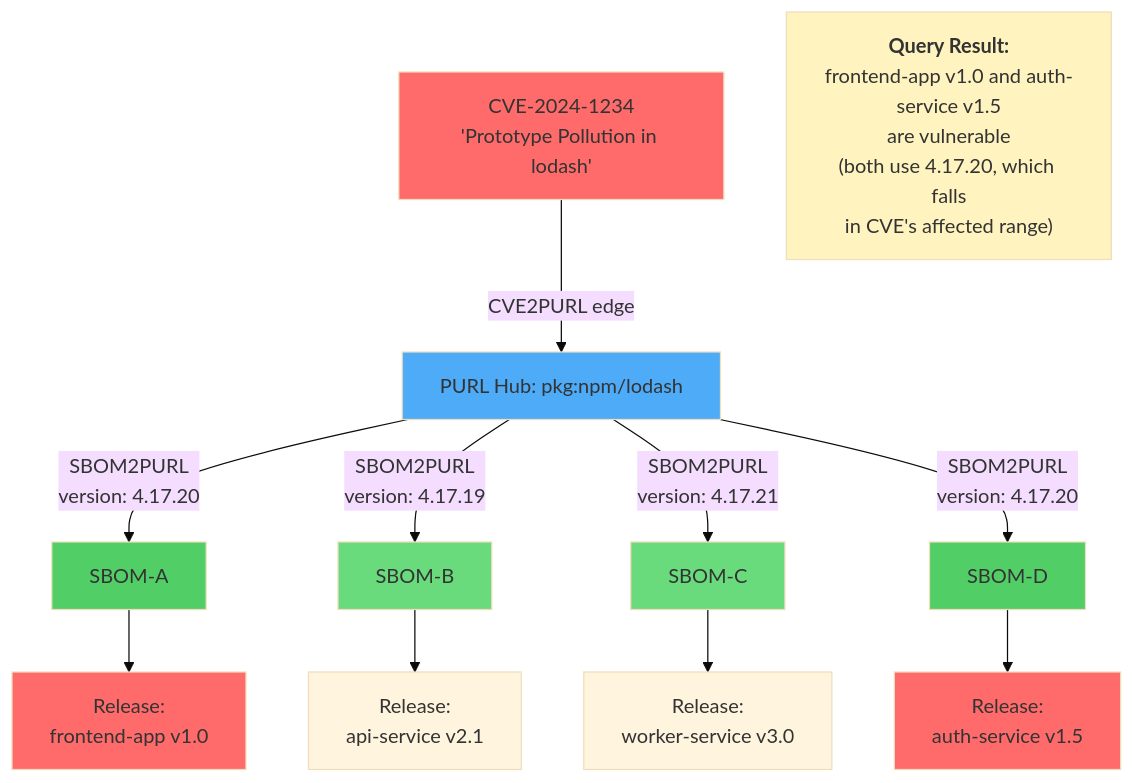
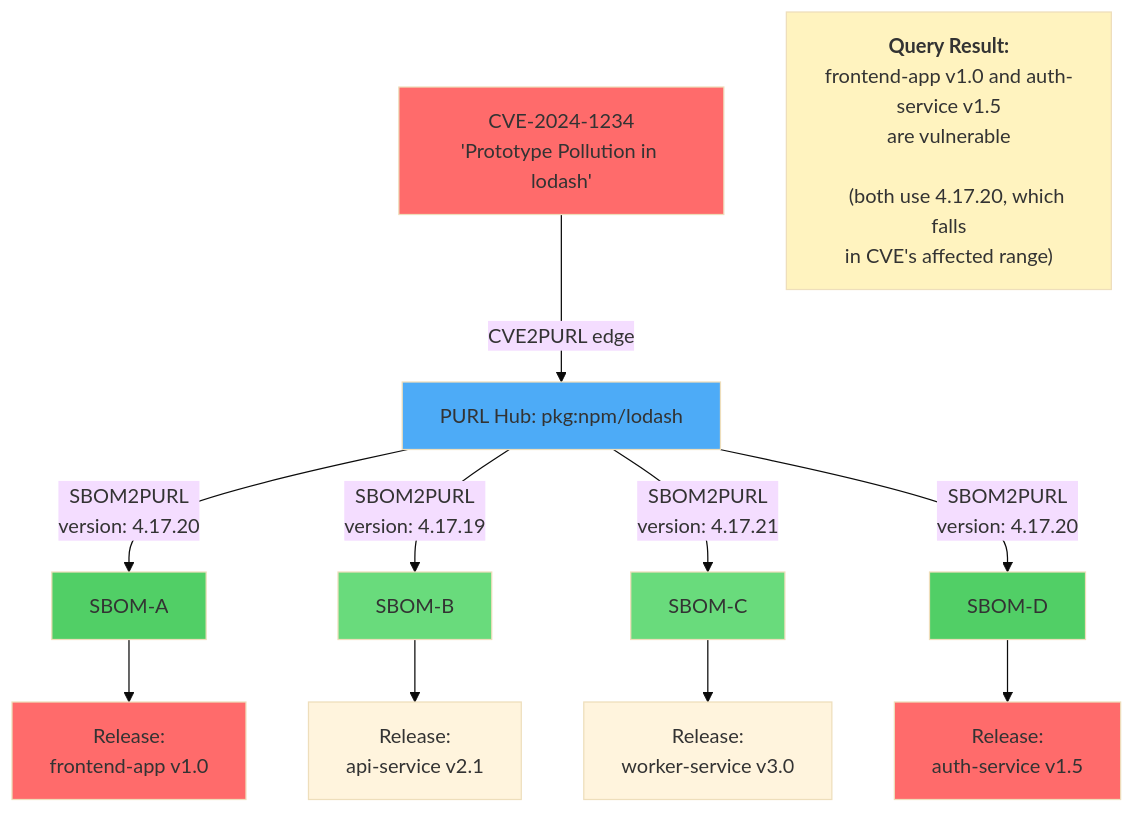
One commit to ortelius/cve2release-tracker changed diagram 13 of 23 in design.md. Above: the diagram before and after it, drawn with Mermaid (base theme). The commit also changed other lines of this file, not shown here.

````diff
--- a/design.md
+++ b/design.md
@@ -673,28 +688,29 @@
 ```mermaid
 flowchart TB
     CVE["CVE-2024-1234<br/>'Prototype Pollution in lodash'"]
     
     CVE -->|CVE2PURL edge| Hub["PURL Hub: pkg:npm/lodash"]
     
     Hub -->|SBOM2PURL<br/>version: 4.17.20| SBOM1
     Hub -->|SBOM2PURL<br/>version: 4.17.19| SBOM2
     Hub -->|SBOM2PURL<br/>version: 4.17.21| SBOM3
     Hub -->|SBOM2PURL<br/>version: 4.17.20| SBOM4
     
     SBOM1["SBOM-A"] --> REL1["Release:<br/>frontend-app v1.0"]
     SBOM2["SBOM-B"] --> REL2["Release:<br/>api-service v2.1"]
     SBOM3["SBOM-C"] --> REL3["Release:<br/>worker-service v3.0"]
     SBOM4["SBOM-D"] --> REL4["Release:<br/>auth-service v1.5"]
     
-    Result["<b>Query Result:</b><br/>frontend-app v1.0 and auth-service v1.5<br/>are vulnerable<br/>(both use 4.17.20, which falls<br/>in CVE's affected range)"]
+    Result["<b>Query Result:</b><br/>frontend-app v1.0 and auth-service v1.5<br/>are vulnerable<br/>
+    (both use 4.17.20, which falls<br/>in CVE's affected range)"]
     
     style CVE fill:#ff6b6b
     style Hub fill:#4dabf7
     style SBOM1 fill:#51cf66
     style SBOM2 fill:#69db7c
     style SBOM3 fill:#69db7c
     style SBOM4 fill:#51cf66
     style REL1 fill:#ff6b6b
     style REL4 fill:#ff6b6b
     style Result fill:#fff3bf
 ```
````
